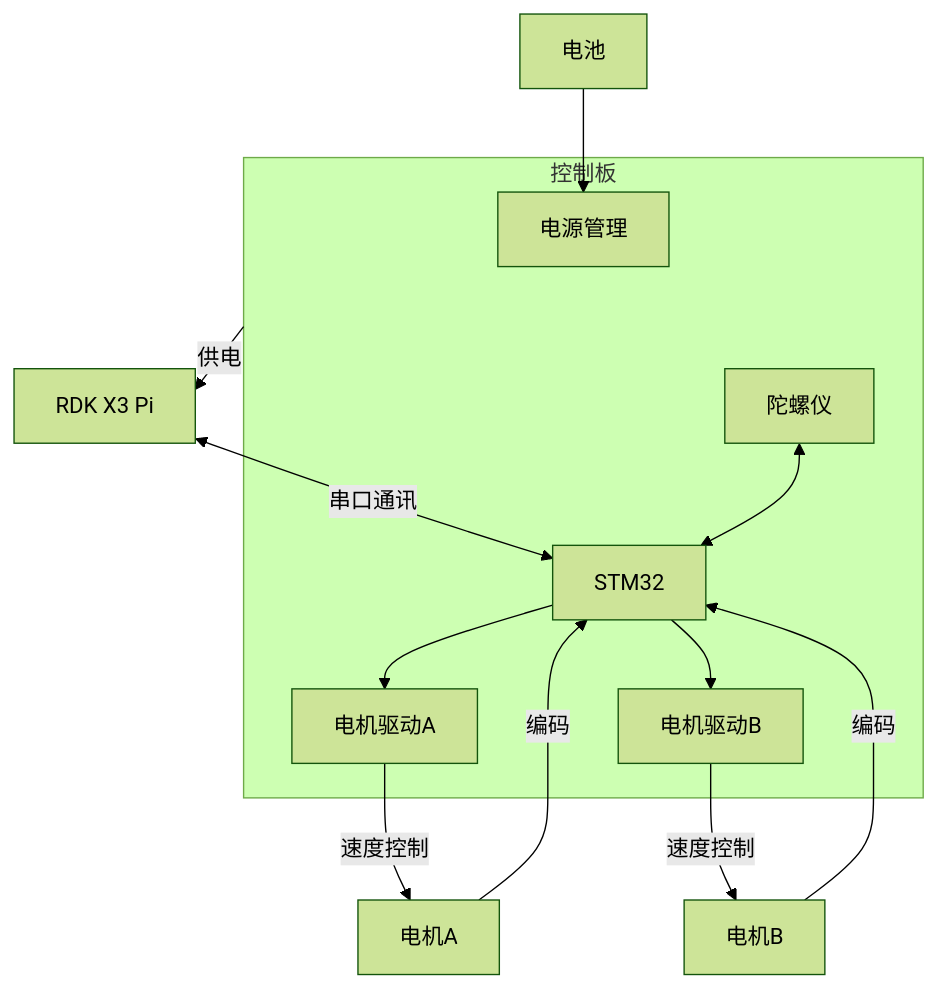
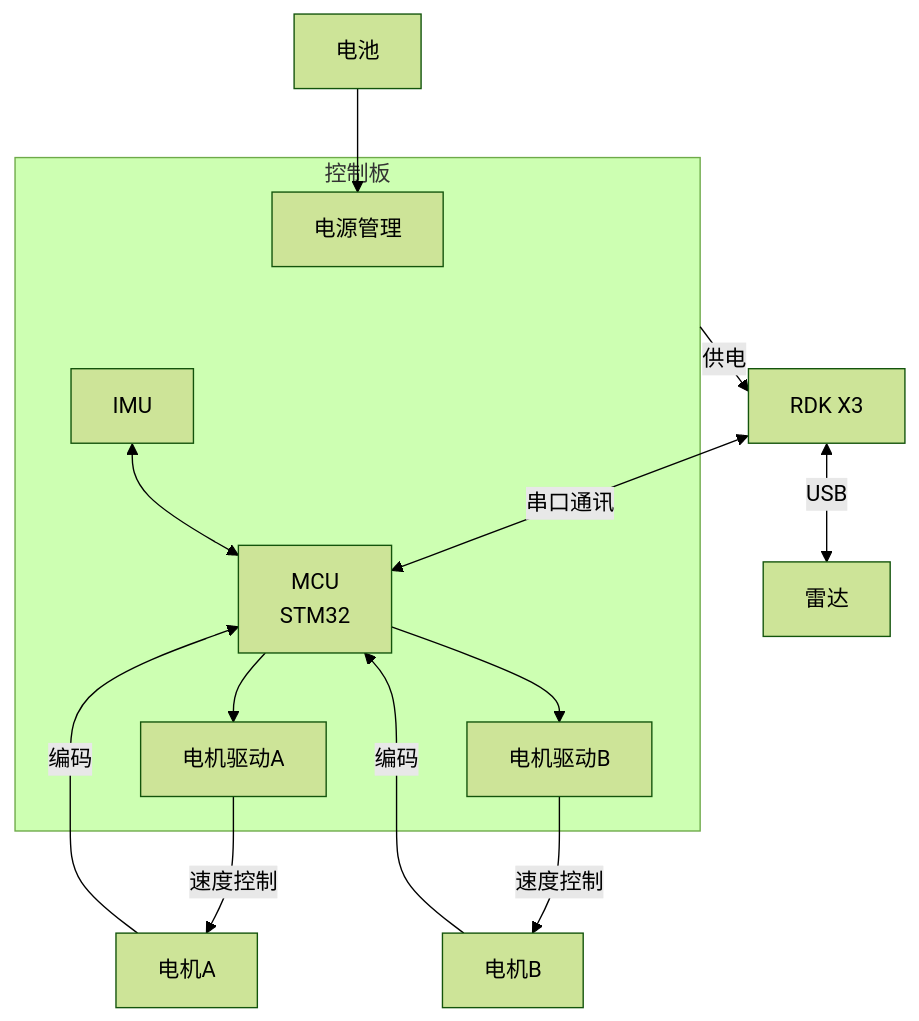
The diagram in doc/硬件构成.md (kiloio/SITCroboscence666), drawn with Mermaid (forest theme) before and after one commit. The commit also changed other lines of this file and 7 other files, not shown here.

````diff
--- a/doc/硬件构成.md
+++ b/doc/硬件构成.md
@@ -19,25 +19,26 @@
 ```mermaid
 graph TD
 
-    Pi[RDK X3 Pi]
+    Pi[RDK X3]
 
     subgraph 控制板
         电源管理
-        STM32
-        陀螺仪
+        MCU[MCU<br>STM32]
+        IMU
         电机驱动A
         电机驱动B
     end
 
     电池 --> 电源管理
     控制板 -- 供电 --> Pi
-    Pi <-- 串口通讯 --> STM32
-    陀螺仪 <--> STM32
-    STM32 --> 电机驱动A
-    STM32 --> 电机驱动B
-    电机A -- 编码 --> STM32
-    电机B -- 编码 --> STM32
+    Pi <-- 串口通讯 --> MCU
+    IMU <--> MCU
+    MCU --> 电机驱动A
+    MCU --> 电机驱动B
+    电机A -- 编码 --> MCU
+    电机B -- 编码 --> MCU
     电机驱动A -- 速度控制 --> 电机A
     电机驱动B -- 速度控制 --> 电机B
+    Pi <--USB--> 雷达
 
 ```
````
